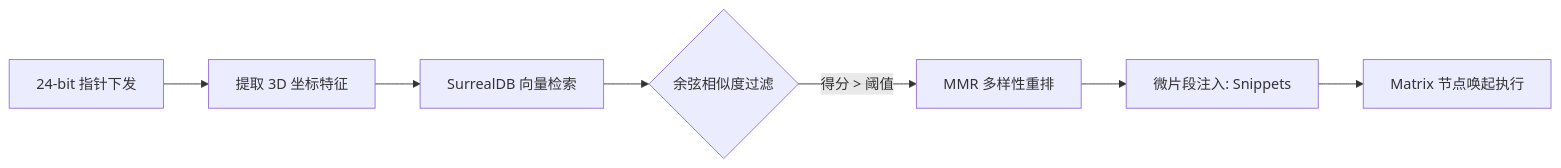
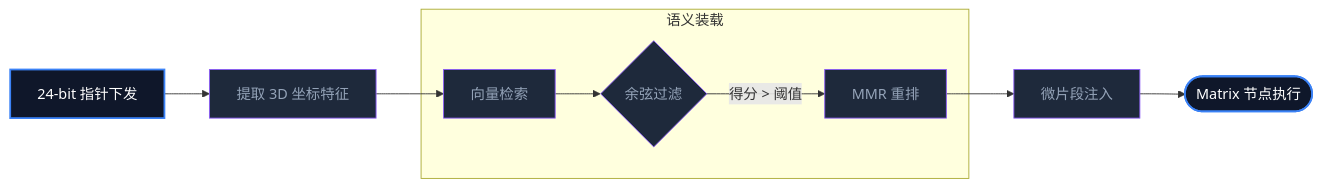
The diagram in content/posts/aura-project/aura-knowledge-dynamic-injection/index.md (QQDDTT/Dark-Lattice), drawn with Mermaid before and after one commit. The commit also changed 29 other files, not shown here.

Commit message:
feat: add Mermaid diagram rendering and featured image support to blog cards with updated UI styles

````diff
--- a/content/posts/aura-project/aura-knowledge-dynamic-injection/index.md
+++ b/content/posts/aura-project/aura-knowledge-dynamic-injection/index.md
@@ -28,9 +28,19 @@
 ```mermaid
 graph LR
+    classDef core fill:#0F172A,stroke:#3B82F6,stroke-width:2px,color:#fff;
+    classDef logic fill:#1E293B,stroke:#8B5CF6,stroke-width:1px,color:#94A3B8;
+
     Ptr[24-bit 指针下发] --> Context[提取 3D 坐标特征]
-    Context --> Retrieval[SurrealDB 向量检索]
-    Retrieval --> Cosine{余弦相似度过滤}
-    Cosine -->|得分 > 阈值| MMR[MMR 多样性重排]
-    MMR --> Inject[微片段注入: Snippets]
-    Inject --> Matrix[Matrix 节点唤起执行]
+    Context --> Retrieval[向量检索]
+    
+    subgraph Loading [语义装载]
+        Retrieval --> Filter{余弦过滤}
+        Filter -- 得分 > 阈值 --> MMR[MMR 重排]
+    end
+
+    MMR --> Inject[微片段注入]
+    Inject --> Matrix([Matrix 节点执行])
+
+    class Ptr,Matrix core;
+    class Context,Retrieval,Filter,MMR,Inject logic;
 ```
````
